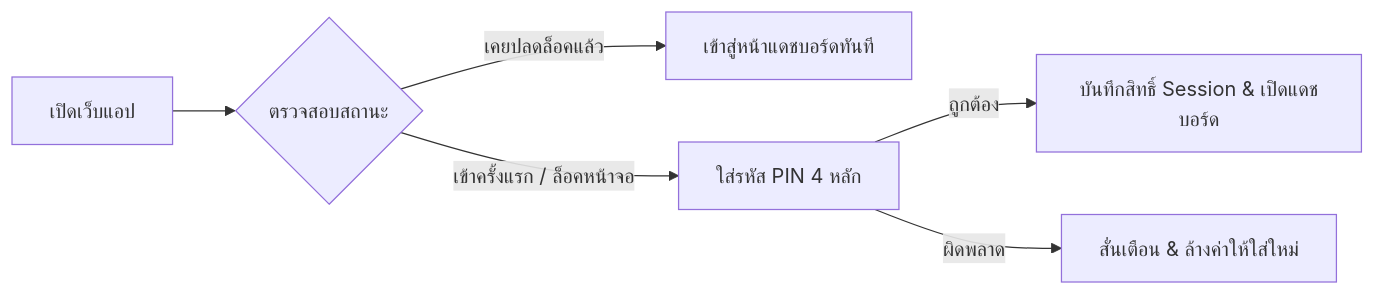
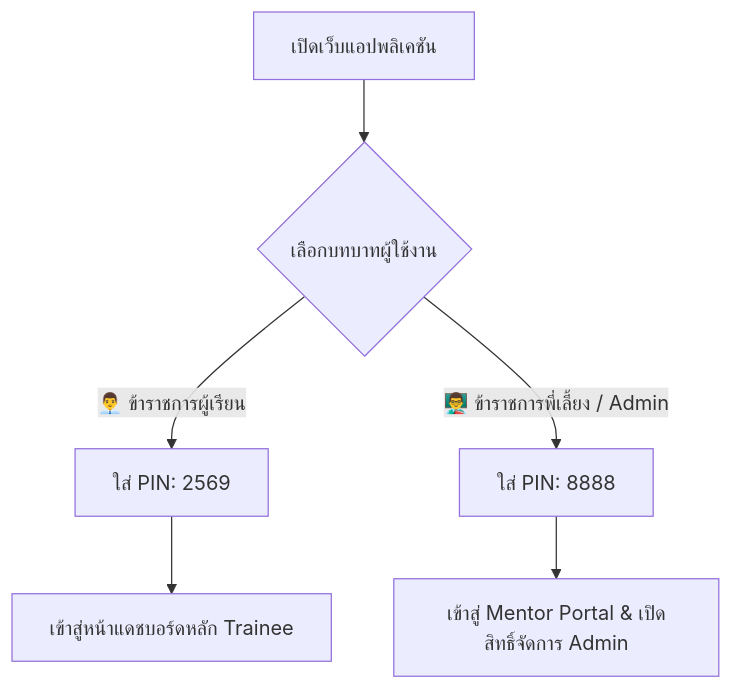
The diagram in USER_MANUAL.md (carinojake/civil-servant-trainee-portfolio), drawn with Mermaid before and after one commit. The commit also changed other lines of this file and 1 other file, not shown here.

Commit message:
docs: Update USER_MANUAL.md to v2.9.2 with M8, M9, Google Drive, CRUD, and Mentor Portal guides

````diff
--- a/USER_MANUAL.md
+++ b/USER_MANUAL.md
@@ -27,8 +30,8 @@
 ```mermaid
-flowchart LR
-    A[เปิดเว็บแอป] --> B{ตรวจสอบสถานะ}
-    B -- เคยปลดล็อคแล้ว --> C[เข้าสู่หน้าแดชบอร์ดทันที]
-    B -- เข้าครั้งแรก / ล็อคหน้าจอ --> D[ใส่รหัส PIN 4 หลัก]
-    D -- ถูกต้อง --> E[บันทึกสิทธิ์ Session & เปิดแดชบอร์ด]
-    D -- ผิดพลาด --> F[สั่นเตือน & ล้างค่าให้ใส่ใหม่]
+flowchart TD
+    A[เปิดเว็บแอปพลิเคชัน] --> B{เลือกบทบาทผู้ใช้งาน}
+    B -- 👨‍💼 ข้าราชการผู้เรียน --> C[ใส่ PIN: 2569]
+    B -- 👨‍🏫 ข้าราชการพี่เลี้ยง / Admin --> D[ใส่ PIN: 8888]
+    C --> E[เข้าสู่หน้าแดชบอร์ดหลัก Trainee]
+    D --> F[เข้าสู่ Mentor Portal & เปิดสิทธิ์จัดการ Admin]
 ```
````
